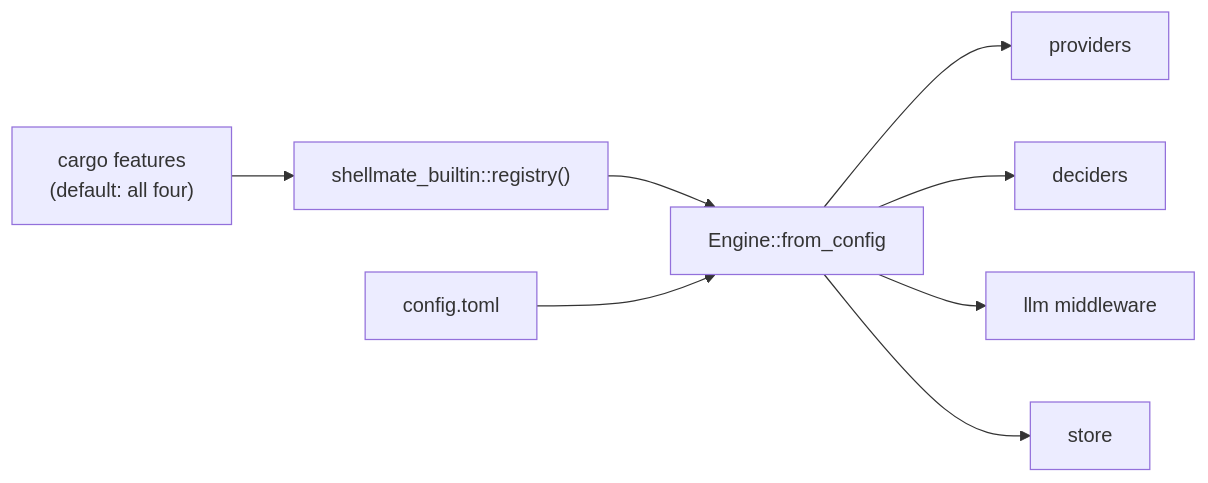
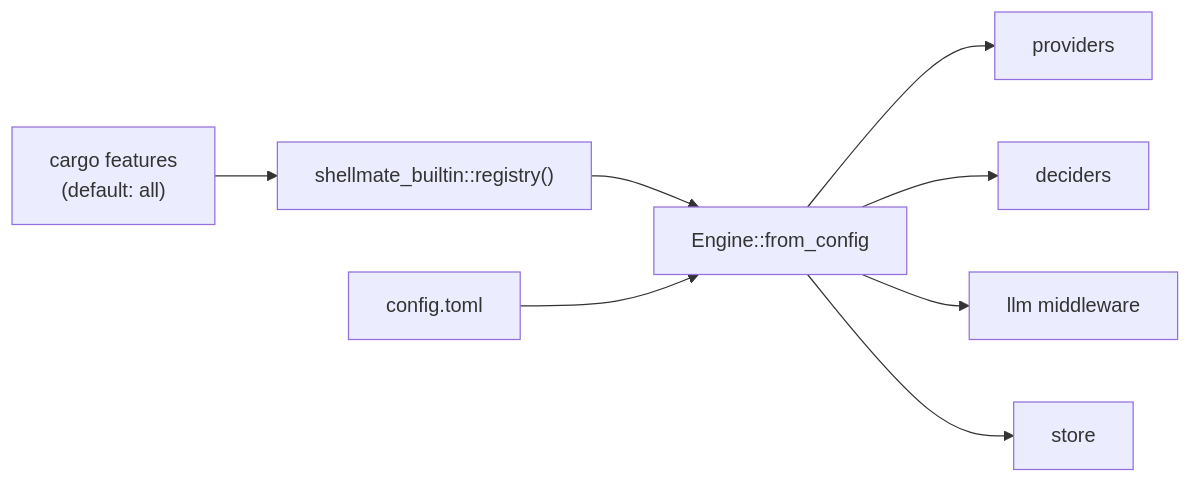
One commit to paulomenin/shellmate changed the diagram in website/src/content/docs/docs/concepts/plugins.md. Above: the diagram before and after it, drawn with Mermaid. The commit also changed other lines of this file and 12 other files, not shown here.

````diff
--- a/website/src/content/docs/docs/concepts/plugins.md
+++ b/website/src/content/docs/docs/concepts/plugins.md
@@ -23,10 +24,10 @@
 ```mermaid
 flowchart LR
-    feat["cargo features<br/>(default: all four)"] --> reg["shellmate_builtin::registry()"]
+    feat["cargo features<br/>(default: all)"] --> reg["shellmate_builtin::registry()"]
     reg --> engine["Engine::from_config"]
     cfg["config.toml"] --> engine
     engine --> p["providers"]
     engine --> d["deciders"]
     engine --> m["llm middleware"]
     engine --> s["store"]
 ```
````
